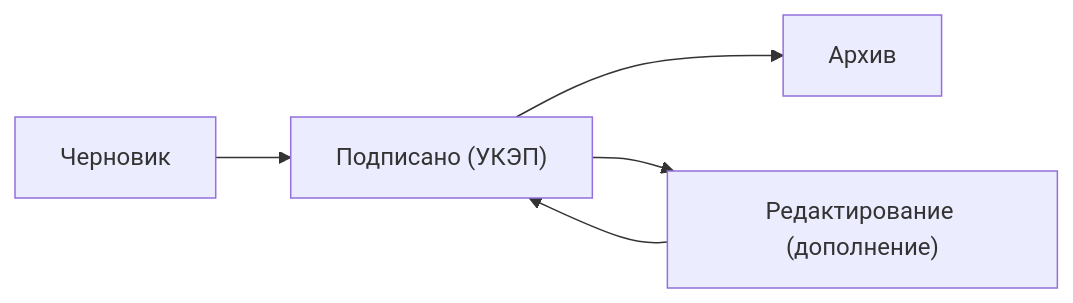
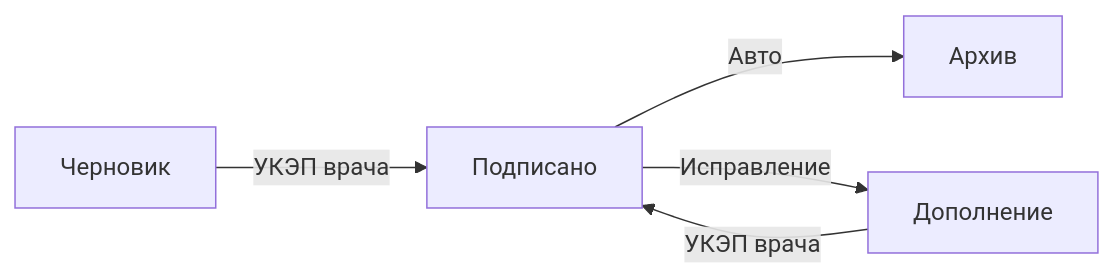
Before and after one commit to sergeyodnoval-bot/sysanalyst-kb.github.io: the second of 3 diagrams in docs/specialization/medtech-emk.md, drawn with Mermaid. The commit also changed other lines of this file and 13 other files, not shown here.

````diff
--- a/docs/specialization/medtech-emk.md
+++ b/docs/specialization/medtech-emk.md
@@ -38,7 +71,7 @@
 ```mermaid
 flowchart LR
-    D["Черновик"] --> S["Подписано (УКЭП)"]
-    S --> A["Архив"]
-    S --> R["Редактирование (дополнение)"]
-    R --> S
+    D["Черновик"] -->|"УКЭП врача"| S["Подписано"]
+    S -->|"Авто"| A["Архив"]
+    S -->|"Исправление"| R["Дополнение"]
+    R -->|"УКЭП врача"| S
 ```
````
